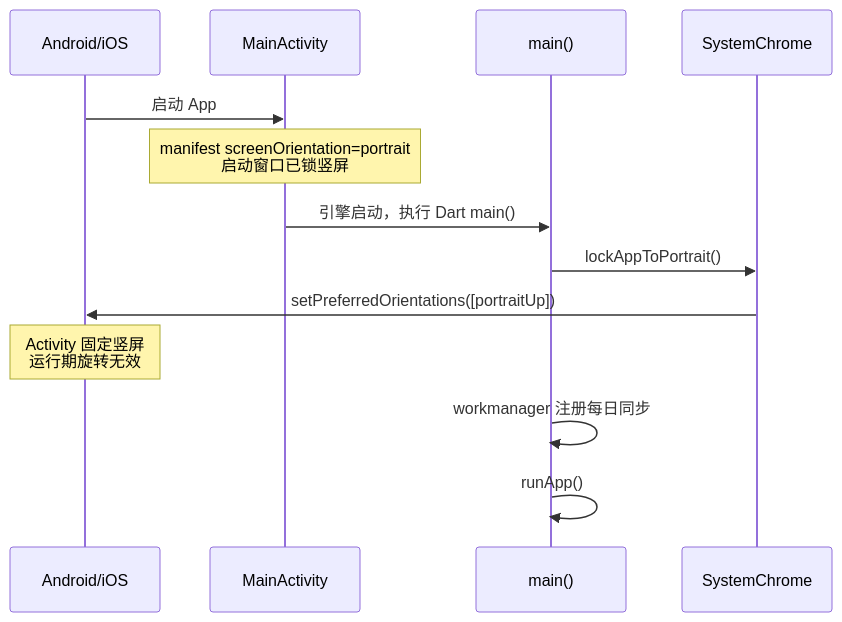
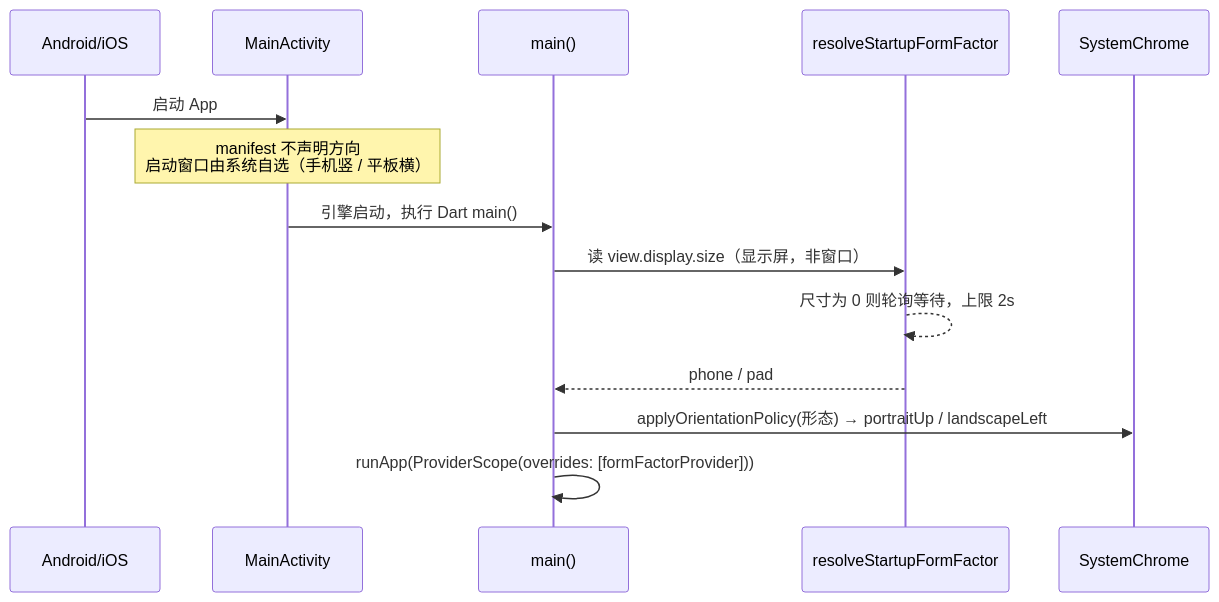
Before and after one commit to kindywu/contexta: the second of 4 diagrams in impl/app/flutter/docs/app-orientation.md, drawn with Mermaid. The commit also changed other lines of this file and 54 other files, not shown here.

````diff
--- a/impl/app/flutter/docs/app-orientation.md
+++ b/impl/app/flutter/docs/app-orientation.md
@@ -34,15 +63,16 @@
 ```mermaid
 sequenceDiagram
     participant OS as Android/iOS
     participant Act as MainActivity
     participant M as main()
+    participant FF as resolveStartupFormFactor
     participant SC as SystemChrome
     OS->>Act: 启动 App
-    Note over Act: manifest screenOrientation=portrait<br/>启动窗口已锁竖屏
+    Note over Act: manifest 不声明方向<br/>启动窗口由系统自选（手机竖 / 平板横）
     Act->>M: 引擎启动，执行 Dart main()
-    M->>SC: lockAppToPortrait()
-    SC->>OS: setPreferredOrientations([portraitUp])
-    Note over OS: Activity 固定竖屏<br/>运行期旋转无效
-    M->>M: workmanager 注册每日同步
-    M->>M: runApp()
+    M->>FF: 读 view.display.size（显示屏，非窗口）
+    FF-->>FF: 尺寸为 0 则轮询等待，上限 2s
+    FF-->>M: phone / pad
+    M->>SC: applyOrientationPolicy(形态) → portraitUp / landscapeLeft
+    M->>M: runApp(ProviderScope(overrides: [formFactorProvider]))
 ```
````
